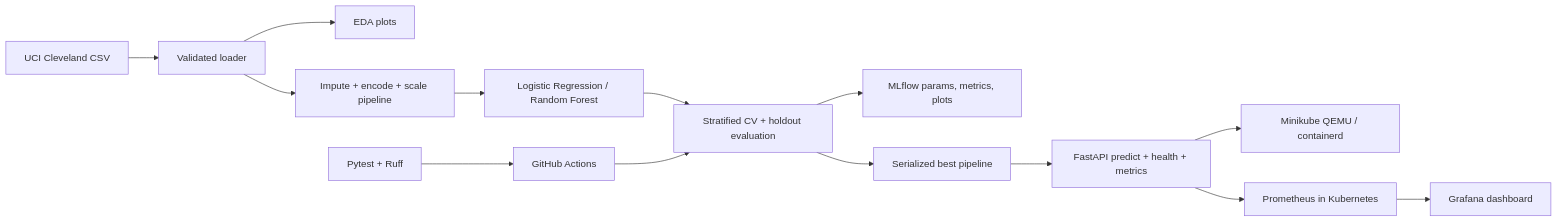
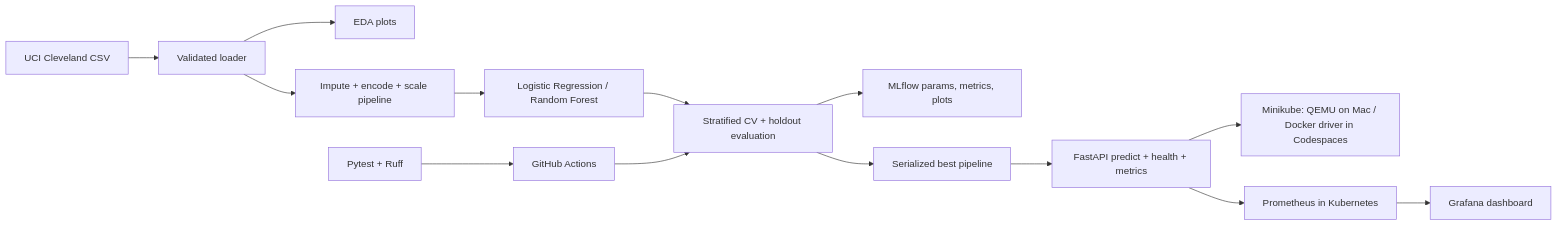
Before and after one commit to Rajinich-bits/MLOps-Assignment-01: the diagram in README.md, drawn with Mermaid. The commit also changed other lines of this file and 7 other files, not shown here.

````diff
--- a/README.md
+++ b/README.md
@@ -169,16 +318,16 @@
 ```mermaid
 flowchart LR
     UCI[UCI Cleveland CSV] --> Load[Validated loader]
     Load --> EDA[EDA plots]
     Load --> Pipe[Impute + encode + scale pipeline]
     Pipe --> Models[Logistic Regression / Random Forest]
     Models --> CV[Stratified CV + holdout evaluation]
     CV --> MLflow[MLflow params, metrics, plots]
     CV --> Artifact[Serialized best pipeline]
     Artifact --> API[FastAPI predict + health + metrics]
-    API --> Container[Minikube QEMU / containerd]
+    API --> Container[Minikube: QEMU on Mac / Docker driver in Codespaces]
     API --> Prometheus[Prometheus in Kubernetes]
     Prometheus --> Grafana[Grafana dashboard]
     Tests[Pytest + Ruff] --> CI[GitHub Actions]
     CI --> CV
 ```
````
